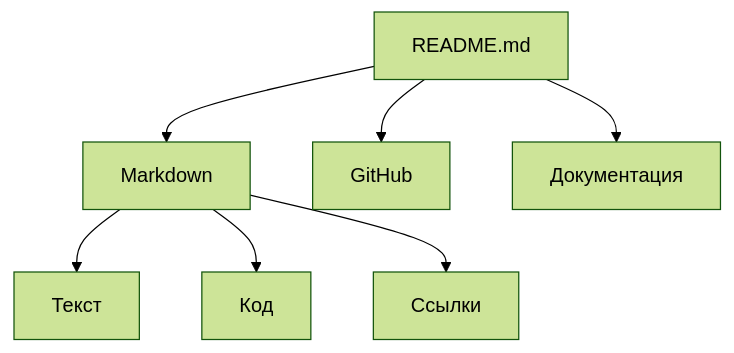
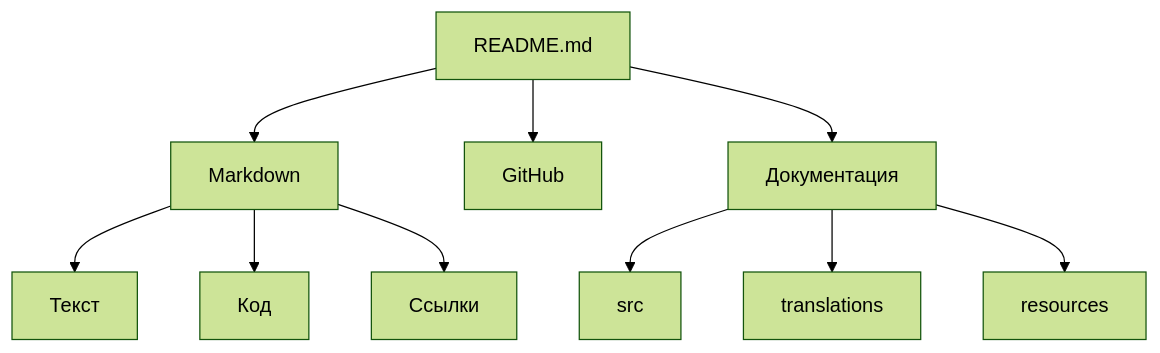
One commit to notsons-git/test changed the diagram in README.md. Above: the diagram before and after it, drawn with Mermaid (forest theme). The commit also changed other lines of this file, not shown here.

````diff
--- a/README.md
+++ b/README.md
@@ -117,9 +210,14 @@
 ```mermaid
 graph TD
     A[README.md] --> B[Markdown]
     A --> C[GitHub]
     A --> D[Документация]
+
     B --> E[Текст]
     B --> F[Код]
     B --> G[Ссылки]
+
+    D --> H[src]
+    D --> I[translations]
+    D --> J[resources]
 ```
````
